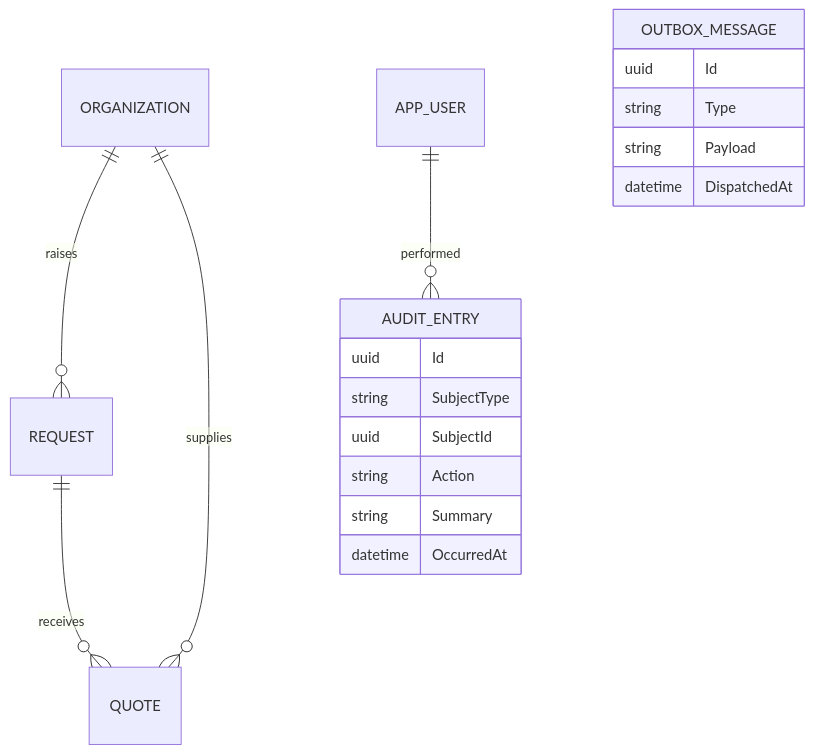
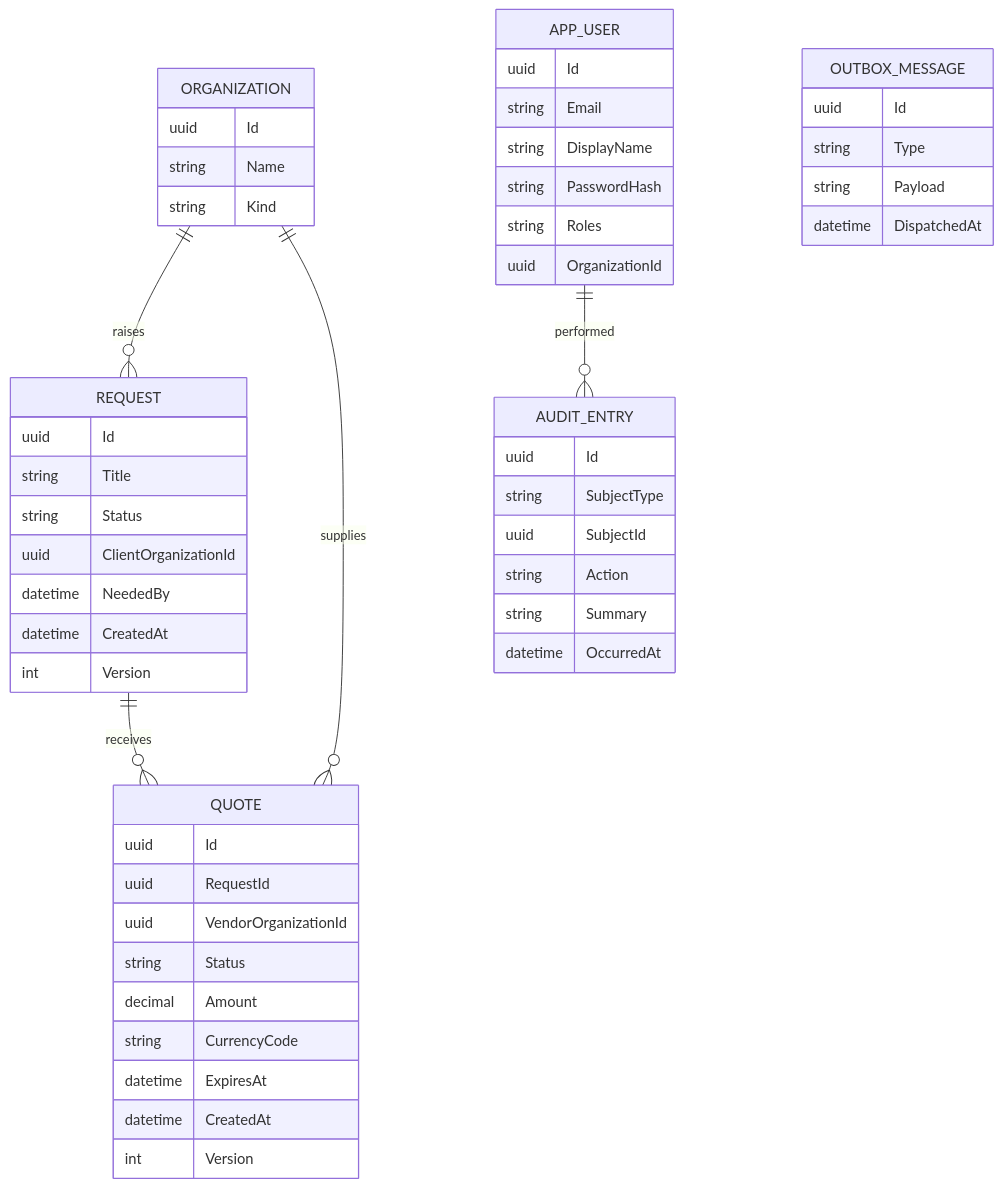
One commit to GuyThreepwood646/WA_QuoteManager changed the third of 4 diagrams in _bmad-output/planning-artifacts/architecture/architecture-QuoteManager-2026-07-28/ARCHITECTURE-SPINE.md. Above: the diagram before and after it, drawn with Mermaid. The commit also changed other lines of this file and 5 other files, not shown here.

First line of the commit message:
Apply reviewer-gate findings to architecture spine

````diff
--- a/_bmad-output/planning-artifacts/architecture/architecture-QuoteManager-2026-07-28/ARCHITECTURE-SPINE.md
+++ b/_bmad-output/planning-artifacts/architecture/architecture-QuoteManager-2026-07-28/ARCHITECTURE-SPINE.md
@@ -193,21 +245,54 @@
 ```mermaid
 erDiagram
     ORGANIZATION ||--o{ REQUEST : "raises"
     ORGANIZATION ||--o{ QUOTE : "supplies"
     REQUEST ||--o{ QUOTE : "receives"
     APP_USER ||--o{ AUDIT_ENTRY : "performed"
+    ORGANIZATION {
+        uuid Id
+        string Name
+        string Kind
+    }
+    APP_USER {
+        uuid Id
+        string Email
+        string DisplayName
+        string PasswordHash
+        string Roles
+        uuid OrganizationId
+    }
+    REQUEST {
+        uuid Id
+        string Title
+        string Status
+        uuid ClientOrganizationId
+        datetime NeededBy
+        datetime CreatedAt
+        int Version
+    }
+    QUOTE {
+        uuid Id
+        uuid RequestId
+        uuid VendorOrganizationId
+        string Status
+        decimal Amount
+        string CurrencyCode
+        datetime ExpiresAt
+        datetime CreatedAt
+        int Version
+    }
     OUTBOX_MESSAGE {
         uuid Id
         string Type
         string Payload
         datetime DispatchedAt
     }
     AUDIT_ENTRY {
         uuid Id
         string SubjectType
         uuid SubjectId
         string Action
         string Summary
         datetime OccurredAt
     }
 ```
````
